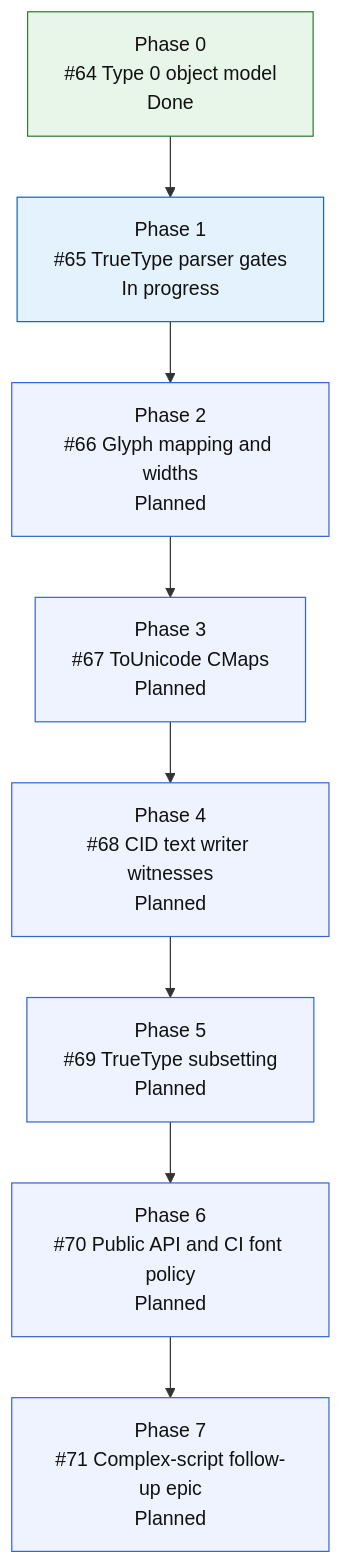
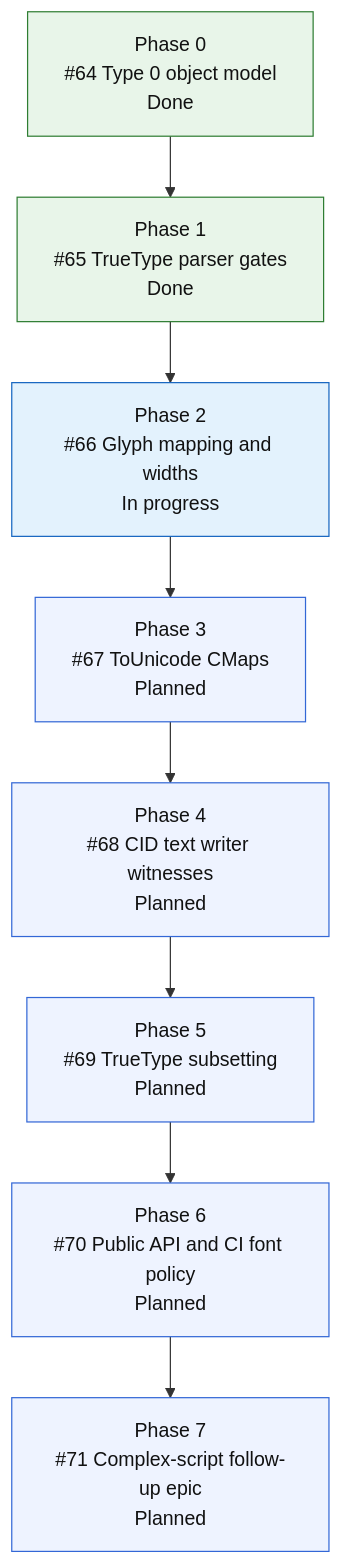
Before and after one commit to mihaelamj/MarkdownPDF: the third of 3 diagrams in README.md, drawn with Mermaid. The commit also changed 7 other files, not shown here.

First line of the commit message:
feat(fonts): map TrueType glyph widths

````diff
--- a/README.md
+++ b/README.md
@@ -243,22 +243,22 @@
 ```mermaid
 flowchart TD
     E0["Phase 0<br/>#64 Type 0 object model<br/>Done"]
-    E1["Phase 1<br/>#65 TrueType parser gates<br/>In progress"]
-    E2["Phase 2<br/>#66 Glyph mapping and widths<br/>Planned"]
+    E1["Phase 1<br/>#65 TrueType parser gates<br/>Done"]
+    E2["Phase 2<br/>#66 Glyph mapping and widths<br/>In progress"]
     E3["Phase 3<br/>#67 ToUnicode CMaps<br/>Planned"]
     E4["Phase 4<br/>#68 CID text writer witnesses<br/>Planned"]
     E5["Phase 5<br/>#69 TrueType subsetting<br/>Planned"]
     E6["Phase 6<br/>#70 Public API and CI font policy<br/>Planned"]
     E7["Phase 7<br/>#71 Complex-script follow-up epic<br/>Planned"]
 
     E0 --> E1 --> E2 --> E3 --> E4 --> E5 --> E6 --> E7
 
     classDef done fill:#e8f5e9,stroke:#2e7d32,color:#111;
     classDef active fill:#e3f2fd,stroke:#1565c0,color:#111;
     classDef review fill:#f3e5f5,stroke:#7b1fa2,color:#111;
     classDef next fill:#fff8e1,stroke:#f9a825,color:#111;
     classDef todo fill:#eef3ff,stroke:#3367d6,color:#111;
-    class E0 done;
-    class E1 active;
-    class E2,E3,E4,E5,E6,E7 todo;
+    class E0,E1 done;
+    class E2 active;
+    class E3,E4,E5,E6,E7 todo;
 ```
````
